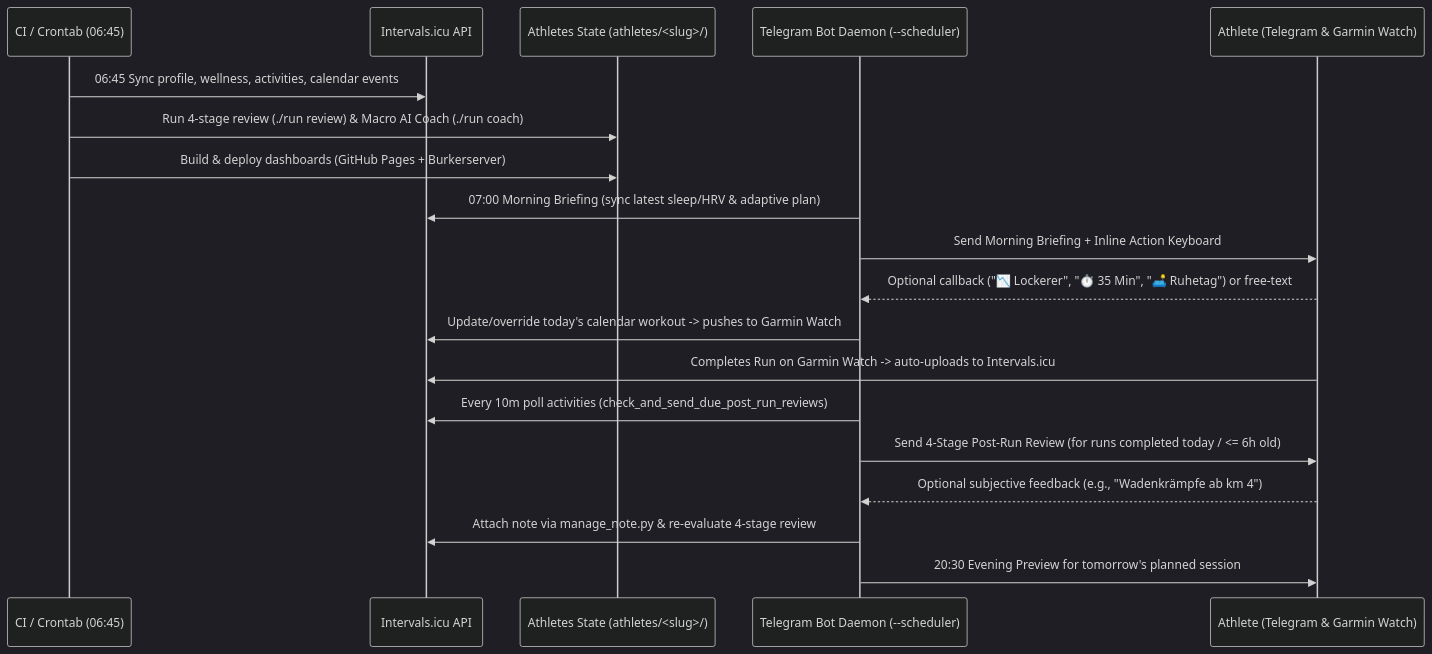
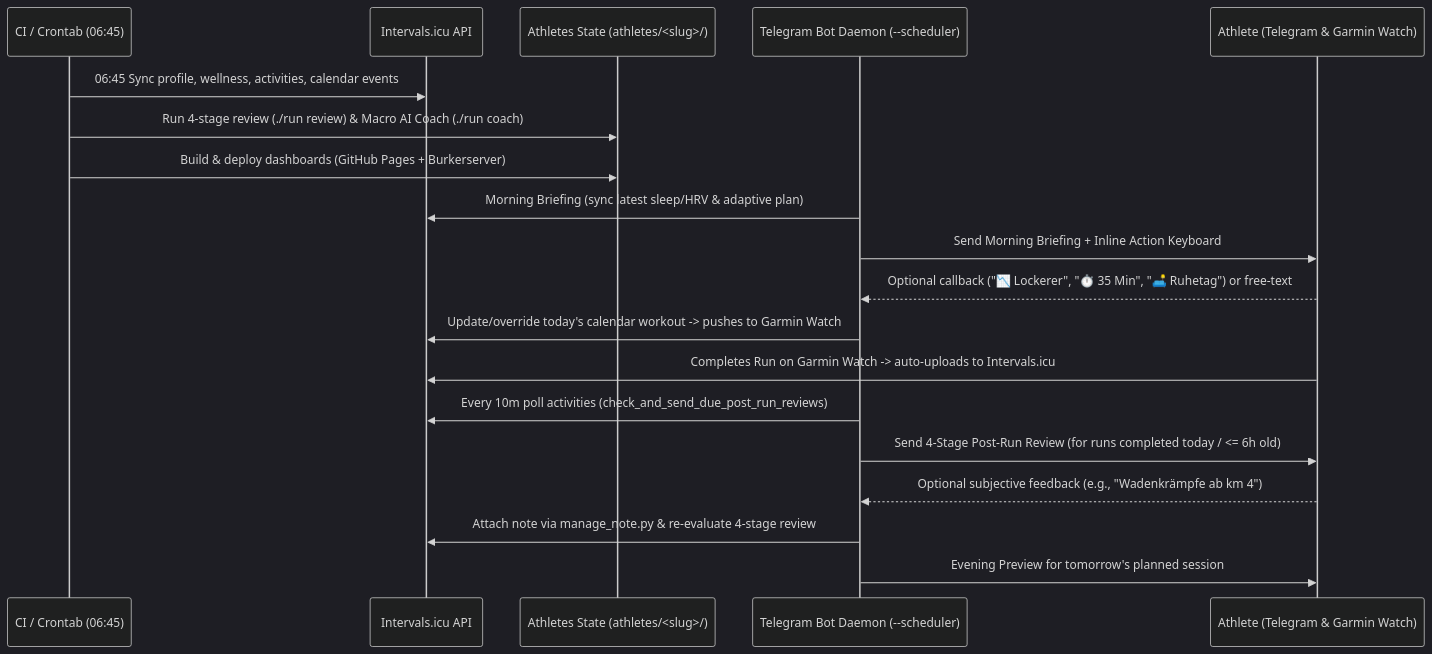
The diagram in docs/SYSTEM_SPEC.md (bernhardburker/laufen), drawn with Mermaid (dark theme) before and after one commit. The commit also changed other lines of this file, not shown here.

````diff
--- a/docs/SYSTEM_SPEC.md
+++ b/docs/SYSTEM_SPEC.md
@@ -113,22 +113,22 @@
 ```mermaid
 sequenceDiagram
     participant Cron as CI / Crontab (06:45)
     participant ICU as Intervals.icu API
     participant Repo as Athletes State (athletes/<slug>/)
     participant Daemon as Telegram Bot Daemon (--scheduler)
     participant User as Athlete (Telegram & Garmin Watch)
 
     Cron->>ICU: 06:45 Sync profile, wellness, activities, calendar events
     Cron->>Repo: Run 4-stage review (./run review) & Macro AI Coach (./run coach)
     Cron->>Repo: Build & deploy dashboards (GitHub Pages + Burkerserver)
-    Daemon->>ICU: 07:00 Morning Briefing (sync latest sleep/HRV & adaptive plan)
+    Daemon->>ICU: Morning Briefing (sync latest sleep/HRV & adaptive plan)
     Daemon->>User: Send Morning Briefing + Inline Action Keyboard
     User-->>Daemon: Optional callback ("📉 Lockerer", "⏱️ 35 Min", "🛋️ Ruhetag") or free-text
     Daemon->>ICU: Update/override today's calendar workout -> pushes to Garmin Watch
     User->>ICU: Completes Run on Garmin Watch -> auto-uploads to Intervals.icu
     Daemon->>ICU: Every 10m poll activities (check_and_send_due_post_run_reviews)
     Daemon->>User: Send 4-Stage Post-Run Review (for runs completed today / <= 6h old)
     User-->>Daemon: Optional subjective feedback (e.g., "Wadenkrämpfe ab km 4")
     Daemon->>ICU: Attach note via manage_note.py & re-evaluate 4-stage review
-    Daemon->>User: 20:30 Evening Preview for tomorrow's planned session
+    Daemon->>User: Evening Preview for tomorrow's planned session
 ```
````
